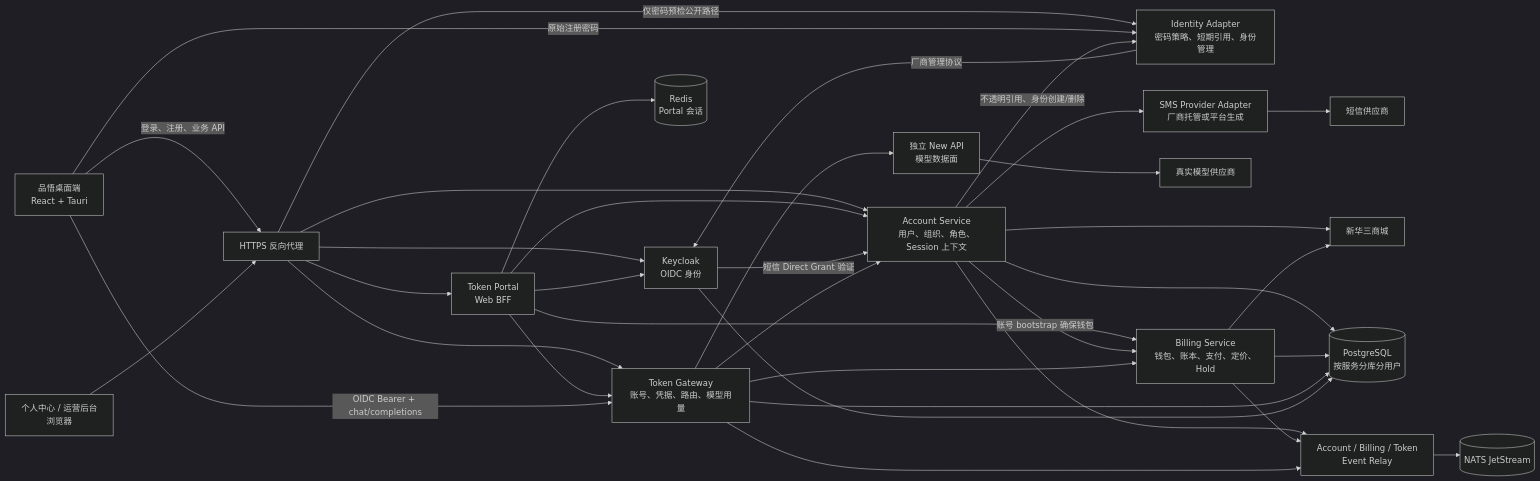
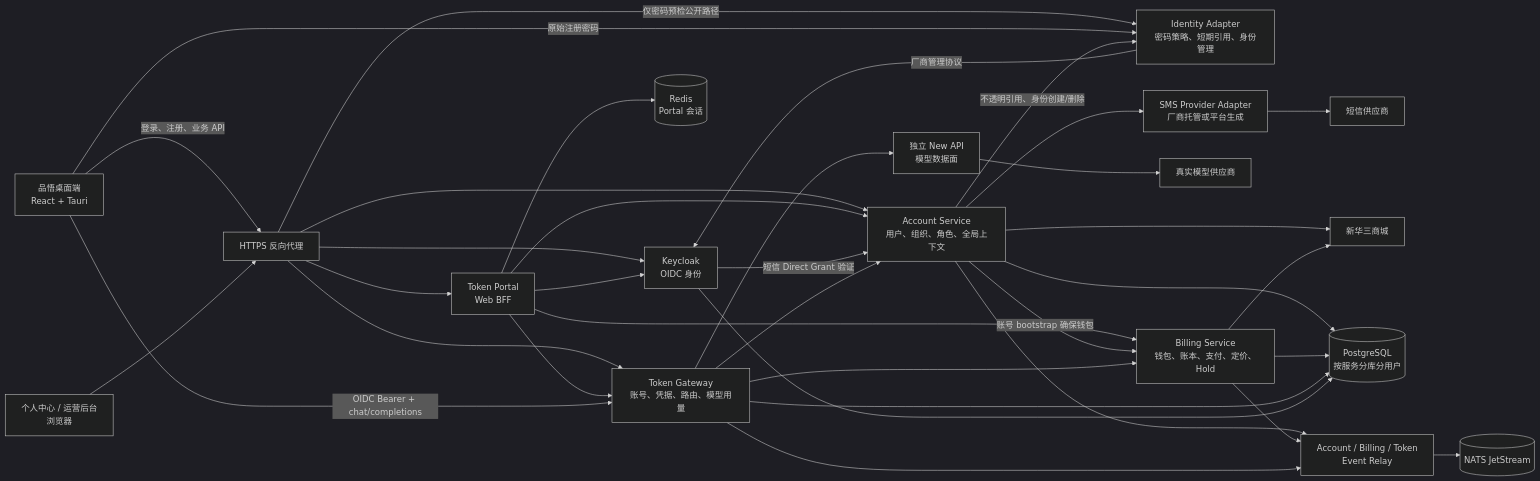
One commit to Pinvou/CodeWhale changed the diagram in account-platform/docs/architecture.md. Above: the diagram before and after it, drawn with Mermaid (dark theme). The commit also changed other lines of this file and 30 other files, not shown here.

````diff
--- a/account-platform/docs/architecture.md
+++ b/account-platform/docs/architecture.md
@@ -30,56 +30,56 @@
 ```mermaid
 flowchart LR
     Desktop["品悟桌面端\nReact + Tauri"]
     Browser["个人中心 / 运营后台\n浏览器"]
     Proxy["HTTPS 反向代理"]
     Portal["Token Portal\nWeb BFF"]
     KC["Keycloak\nOIDC 身份"]
     Identity["Identity Adapter\n密码策略、短期引用、身份管理"]
-    Account["Account Service\n用户、组织、角色、Session 上下文"]
+    Account["Account Service\n用户、组织、角色、全局上下文"]
     Billing["Billing Service\n钱包、账本、支付、定价、Hold"]
     Gateway["Token Gateway\n账号、凭据、路由、模型用量"]
     NewAPI["独立 New API\n模型数据面"]
     Provider["真实模型供应商"]
     SMS["SMS Provider Adapter\n厂商托管或平台生成"]
     Aliyun["短信供应商"]
     Mall["新华三商城"]
     PG[("PostgreSQL\n按服务分库分用户")]
     Redis[("Redis\nPortal 会话")]
     NATS[("NATS JetStream")]
     Relays["Account / Billing / Token\nEvent Relay"]
 
     Desktop -->|"登录、注册、业务 API"| Proxy
     Browser --> Proxy
     Proxy --> Portal
     Proxy --> KC
     Proxy -->|"仅密码预检公开路径"| Identity
     Proxy --> Account
     Proxy --> Gateway
     Portal --> KC
     Portal --> Account
     Portal --> Billing
     Portal --> Gateway
     Desktop -->|"OIDC Bearer + chat/completions"| Gateway
     Desktop -->|"原始注册密码"| Identity
     Account -->|"不透明引用、身份创建/删除"| Identity
     Identity -->|"厂商管理协议"| KC
     KC -->|"短信 Direct Grant 验证"| Account
     Account --> SMS
     SMS --> Aliyun
     Account --> Mall
     Account -->|"账号 bootstrap 确保钱包"| Billing
     Gateway --> Account
     Gateway --> Billing
     Gateway --> NewAPI
     NewAPI --> Provider
     Billing --> Mall
     Account --> PG
     Billing --> PG
     Gateway --> PG
     KC --> PG
     Portal --> Redis
     Account --> Relays
     Billing --> Relays
     Gateway --> Relays
     Relays --> NATS
 ```
````
